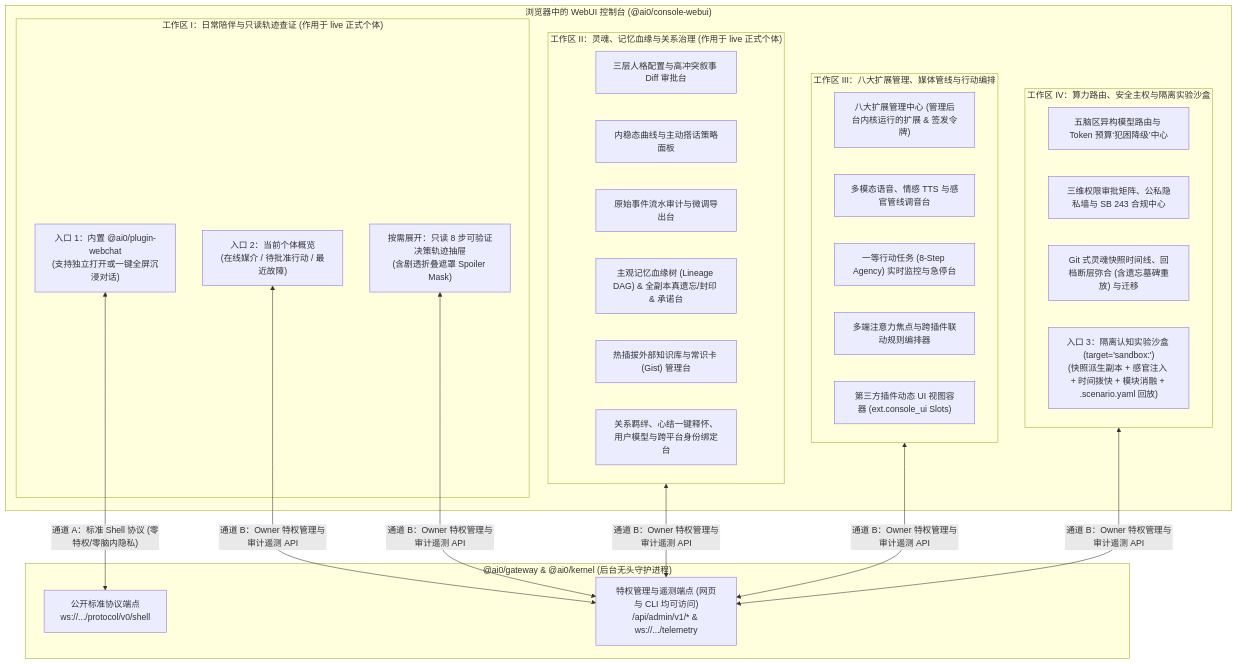
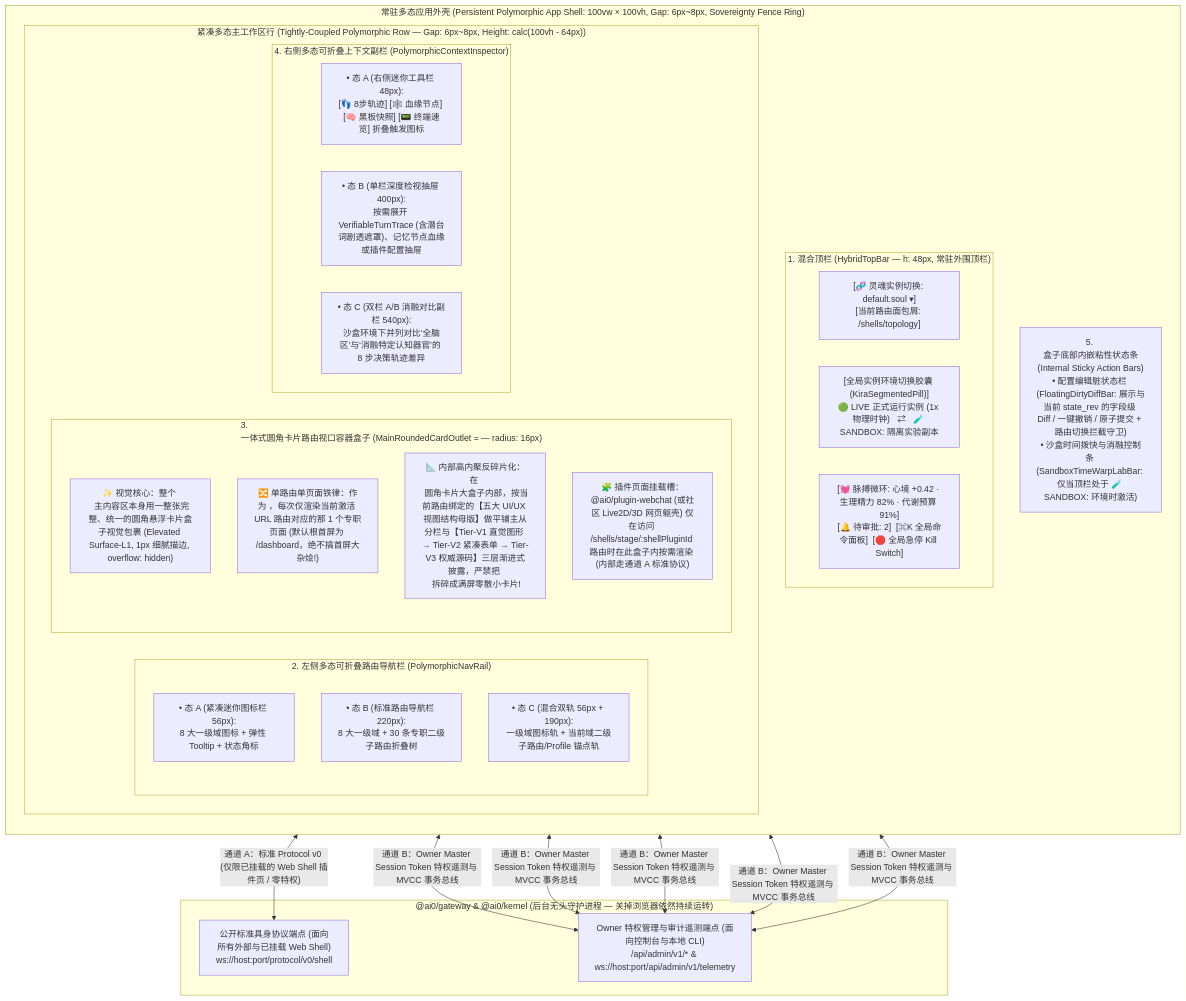
Before and after one commit to reina0721/ai0: the first of 2 diagrams in docs/architecture/06-webui-console-and-observability-arch.md, drawn with Mermaid. The commit also changed other lines of this file and 10 other files, not shown here.

Commit message:
Refine polymorphic extension ecosystem and WebUI architecture

````diff
--- a/docs/architecture/06-webui-console-and-observability-arch.md
+++ b/docs/architecture/06-webui-console-and-observability-arch.md
@@ -21,42 +40,47 @@
 ```mermaid
 flowchart TB
-    subgraph Browser["浏览器中的 WebUI 控制台 (@ai0/console-webui)"]
-        subgraph W1["工作区 I：日常陪伴与只读轨迹查证 (作用于 live 正式个体)"]
-            WebChatEmbed["入口 1：内置 @ai0/plugin-webchat<br/>(支持独立打开或一键全屏沉浸对话)"]
-            LiveOverview["入口 2：当前个体概览<br/>(在线媒介 / 待批准行动 / 最近故障)"]
-            TraceDrawer["按需展开：只读 8 步可验证决策轨迹抽屉<br/>(含剧透折叠遮罩 Spoiler Mask)"]
+    subgraph Viewport["常驻多态应用外壳 (Persistent Polymorphic App Shell: 100vw × 100vh, Gap: 6px~8px, Sovereignty Fence Ring)"]
+        direction TB
+
+        subgraph TopBar["1. 混合顶栏 (HybridTopBar — h: 48px, 常驻外围顶栏)"]
+            direction LR
+            T_Left["[🧬 灵魂实例切换: default.soul ▾]<br/>[当前路由面包屑: /shells/topology]"]
+            T_Center["[全局实例环境切换胶囊 (KiraSegmentedPill)]<br/>🟢 LIVE 正式运行实例 (1x 物理时钟)   ⇄   🧪 SANDBOX:<fork_id> 隔离实验副本"]
+            T_Right["[💓 脉搏微环: 心境 +0.42 · 生理精力 82% · 代谢预算 91%]<br/>[🔔 待审批: 2]  [⌘K 全局命令面板]  [🛑 全局急停 Kill Switch]"]
         end
 
-        subgraph W2["工作区 II：灵魂、记忆血缘与关系治理 (作用于 live 正式个体)"]
-            P5["三层人格配置与高冲突叙事 Diff 审批台"]
-            P6["内稳态曲线与主动搭话策略面板"]
-            P7["原始事件流水审计与微调导出台"]
-            P8["主观记忆血缘树 (Lineage DAG) & 全副本真遗忘/封印 & 承诺台"]
-            P9["热插拔外部知识库与常识卡 (Gist) 管理台"]
-            P10["关系羁绊、心结一键释怀、用户模型与跨平台身份绑定台"]
+        subgraph WorkspaceRow["紧凑多态主工作区行 (Tightly-Coupled Polymorphic Row — Gap: 6px~8px, Height: calc(100vh - 64px))"]
+            direction LR
+
+            subgraph LeftRail["2. 左侧多态可折叠路由导航栏 (PolymorphicNavRail)"]
+                L_StateA["• 态 A (紧凑迷你图标栏 56px):<br/>8 大一级域图标 + 弹性 Tooltip + 状态角标"]
+                L_StateB["• 态 B (标准路由导航栏 220px):<br/>8 大一级域 + 30 条专职二级子路由折叠树"]
+                L_StateC["• 态 C (混合双轨 56px + 190px):<br/>一级域图标轨 + 当前域二级子路由/Profile 锚点轨"]
+            end
+
+            subgraph MainCardOutlet["3. <main> 一体式圆角卡片路由视口容器盒子 (MainRoundedCardOutlet = <RouterOutlet /> — radius: 16px)"]
+                direction TB
+                M_Rule1["✨ 视觉核心：整个 <main> 主内容区本身用一整张完整、统一的圆角悬浮卡片盒子视觉包裹 (Elevated Surface-L1, 1px 细腻描边, overflow: hidden)"]
+                M_Rule2["🔀 单路由单页面铁律：作为 <RouterOutlet />，每次仅渲染当前激活 URL 路由对应的那 1 个专职页面 (默认根首屏为 /dashboard，绝不搞首屏大杂烩!)"]
+                M_Rule3["📐 内部高内聚反碎片化：在 <main> 圆角卡片大盒子内部，按当前路由绑定的【五大 UI/UX 视图结构母版】做平铺主从分栏与【Tier-V1 直觉图形 → Tier-V2 紧凑表单 → Tier-V3 权威源码】三层渐进式披露，严禁把 <main> 拆碎成满屏零散小卡片!"]
+                M_Rule4["🧩 插件页面挂载槽：@ai0/plugin-webchat (或社区 Live2D/3D 网页躯壳) 仅在访问 /shells/stage/:shellPluginId 路由时在此盒子内按需渲染 (内部走通道 A 标准协议)"]
+            end
+
+            subgraph RightRail["4. 右侧多态可折叠上下文副栏 (PolymorphicContextInspector)"]
+                R_StateA["• 态 A (右侧迷你工具栏 48px):<br/>[👣 8步轨迹] [🕸️ 血缘节点] [🧠 黑板快照] [📟 终端速览] 折叠触发图标"]
+                R_StateB["• 态 B (单栏深度检视抽屉 400px):<br/>按需展开 VerifiableTurnTrace (含潜台词剧透遮罩)、记忆节点血缘或插件配置抽屉"]
+                R_StateC["• 态 C (双栏 A/B 消融对比副栏 540px):<br/>沙盒环境下并列对比‘全脑区’与‘消融特定认知器官’的 8 步决策轨迹差异"]
+            end
         end
 
-        subgraph W3["工作区 III：八大扩展管理、媒体管线与行动编排"]
-            P11["八大扩展管理中心 (管理后台内核运行的扩展 & 签发令牌)"]
-            P12["多模态语音、情感 TTS 与感官管线调音台"]
-            P13["一等行动任务 (8-Step Agency) 实时监控与急停台"]
-            P14["多端注意力焦点与跨插件联动规则编排器"]
-            P15["第三方插件动态 UI 视图容器 (ext.console_ui Slots)"]
-        end
-
-        subgraph W4["工作区 IV：算力路由、安全主权与隔离实验沙盒"]
-            P16["五脑区异构模型路由与 Token 预算‘犯困降级’中心"]
-            P17["三维权限审批矩阵、公私隐私墙与 SB 243 合规中心"]
-            P18["Git 式灵魂快照时间线、回档断层弥合 (含遗忘墓碑重放) 与迁移"]
-            P19["入口 3：隔离认知实验沙盒 (target='sandbox:<fork_id>')<br/>(快照派生副本 + 感官注入 + 时间拨快 + 模块消融 + .scenario.yaml 回放)"]
-        end
+        BottomOverlay["5. <main> 盒子底部内嵌粘性状态条 (Internal Sticky Action Bars)<br/>• 配置编辑脏状态栏 (FloatingDirtyDiffBar: 展示与当前 state_rev 的字段级 Diff / 一键撤销 / 原子提交 + 路由切换拦截守卫)<br/>• 沙盒时间拨快与消融控制条 (SandboxTimeWarpLabBar: 仅当顶栏处于 🧪 SANDBOX:<fork_id> 环境时激活)"]
     end
 
-    subgraph Backend["@ai0/gateway & @ai0/kernel (后台无头守护进程)"]
-        PublicWS["公开标准协议端点<br/>ws://.../protocol/v0/shell"]
-        AdminBus["特权管理与遥测端点 (网页与 CLI 均可访问)<br/>/api/admin/v1/* & ws://.../telemetry"]
+    subgraph Backend["@ai0/gateway & @ai0/kernel (后台无头守护进程 — 关掉浏览器依然持续运转)"]
+        PublicWS["公开标准具身协议端点 (面向所有外部与已挂载 Web Shell)<br/>ws://host:port/protocol/v0/shell"]
+        AdminBus["Owner 特权管理与审计遥测端点 (面向控制台与本地 CLI)<br/>/api/admin/v1/* & ws://host:port/api/admin/v1/telemetry"]
     end
 
-    WebChatEmbed <-->|"通道 A：标准 Shell 协议 (零特权/零脑内隐私)"| PublicWS
-    LiveOverview & TraceDrawer & W2 & W3 & W4 <-->|"通道 B：Owner 特权管理与审计遥测 API"| AdminBus
+    M_Rule4 <-->|"通道 A：标准 Protocol v0 (仅限已挂载的 Web Shell 插件页 / 零特权)"| PublicWS
+    TopBar & LeftRail & MainCardOutlet & RightRail & BottomOverlay <-->|"通道 B：Owner Master Session Token 特权遥测与 MVCC 事务总线"| AdminBus
 ```
````
